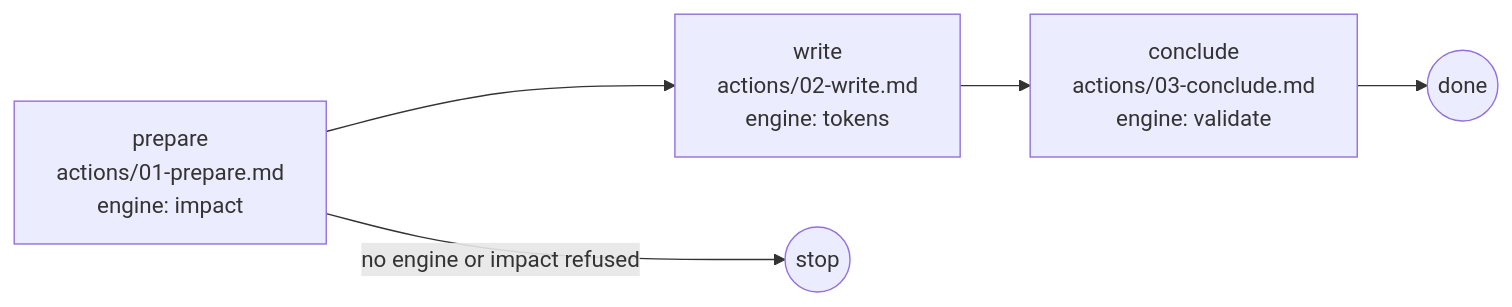
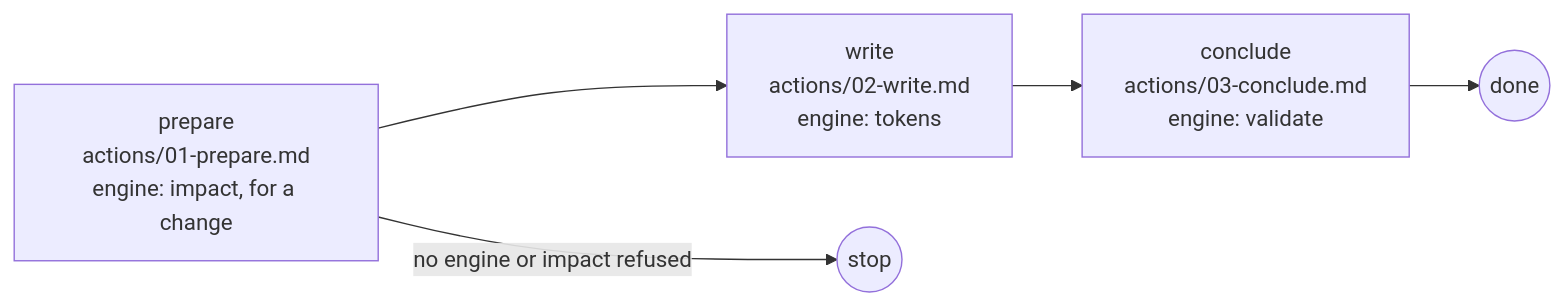
Before and after one commit to ai-driven-dev/framework: the diagram in plugins/aidd-ui/skills/01-system/SKILL.md, drawn with Mermaid. The commit also changed 3 other files, not shown here.

````diff
--- a/plugins/aidd-ui/skills/01-system/SKILL.md
+++ b/plugins/aidd-ui/skills/01-system/SKILL.md
@@ -10,7 +10,7 @@
 ```mermaid
 flowchart LR
-  prepare["prepare<br>actions/01-prepare.md<br>engine: impact"] --> write["write<br>actions/02-write.md<br>engine: tokens"]
+  prepare["prepare<br>actions/01-prepare.md<br>engine: impact, for a change"] --> write["write<br>actions/02-write.md<br>engine: tokens"]
   write --> conclude["conclude<br>actions/03-conclude.md<br>engine: validate"]
   conclude --> done((done))
   prepare -->|"no engine or impact refused"| stop((stop))
 ```
````
